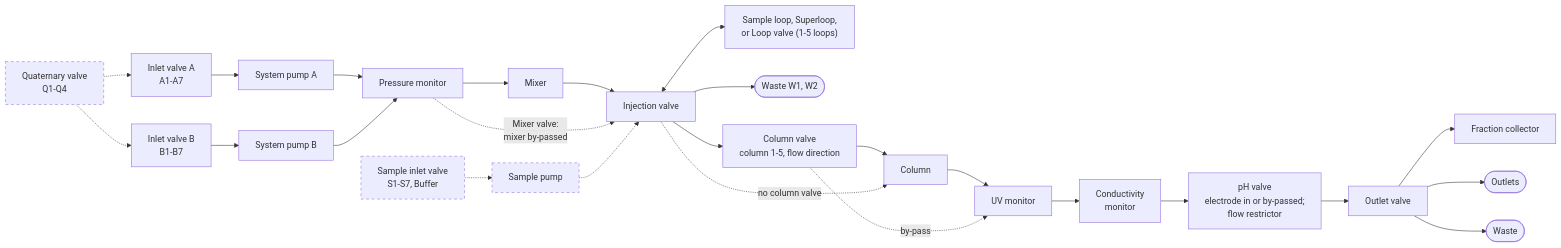
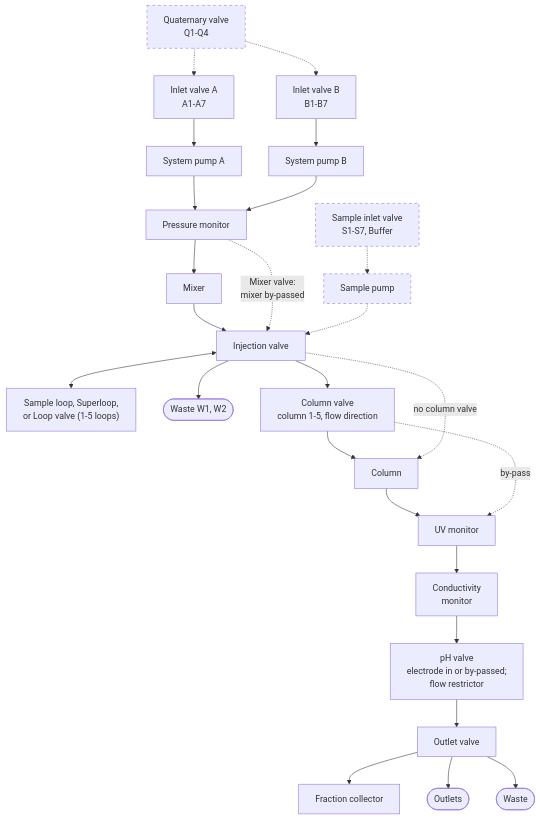
Before and after one commit to traylosj/PyCORN: the sixth of 10 diagrams in docs/RUN_STRUCTURE_RECORD.md, drawn with Mermaid. The commit also changed other lines of this file, not shown here.

````diff
--- a/docs/RUN_STRUCTURE_RECORD.md
+++ b/docs/RUN_STRUCTURE_RECORD.md
@@ -401,27 +471,27 @@
 ```mermaid
-flowchart LR
+flowchart TD
     qv["Quaternary valve<br/>Q1-Q4"]:::opt
     ia["Inlet valve A<br/>A1-A7"] --> pa["System pump A"]
     ib["Inlet valve B<br/>B1-B7"] --> pb["System pump B"]
     qv -.-> ia
     qv -.-> ib
     pa --> pm["Pressure monitor"]
     pb --> pm
     pm --> mix["Mixer"] --> inj["Injection valve"]
     pm -. "Mixer valve:<br/>mixer by-passed" .-> inj
     is["Sample inlet valve<br/>S1-S7, Buffer"]:::opt -.-> sp["Sample pump"]:::opt
     sp -.-> inj
     inj <--> loop["Sample loop, Superloop,<br/>or Loop valve (1-5 loops)"]
     inj --> wi(["Waste W1, W2"])
     inj --> cv["Column valve<br/>column 1-5, flow direction"]
     cv --> col["Column"] --> uv["UV monitor"]
     cv -. "by-pass" .-> uv
     inj -. "no column valve" .-> col
     uv --> cond["Conductivity<br/>monitor"]
     cond --> ph["pH valve<br/>electrode in or by-passed;<br/>flow restrictor"]
     ph --> ov["Outlet valve"]
     ov --> fc["Fraction collector"]
     ov --> out(["Outlets"])
     ov --> wo(["Waste"])
     classDef opt stroke-dasharray: 5 5
 ```
````
